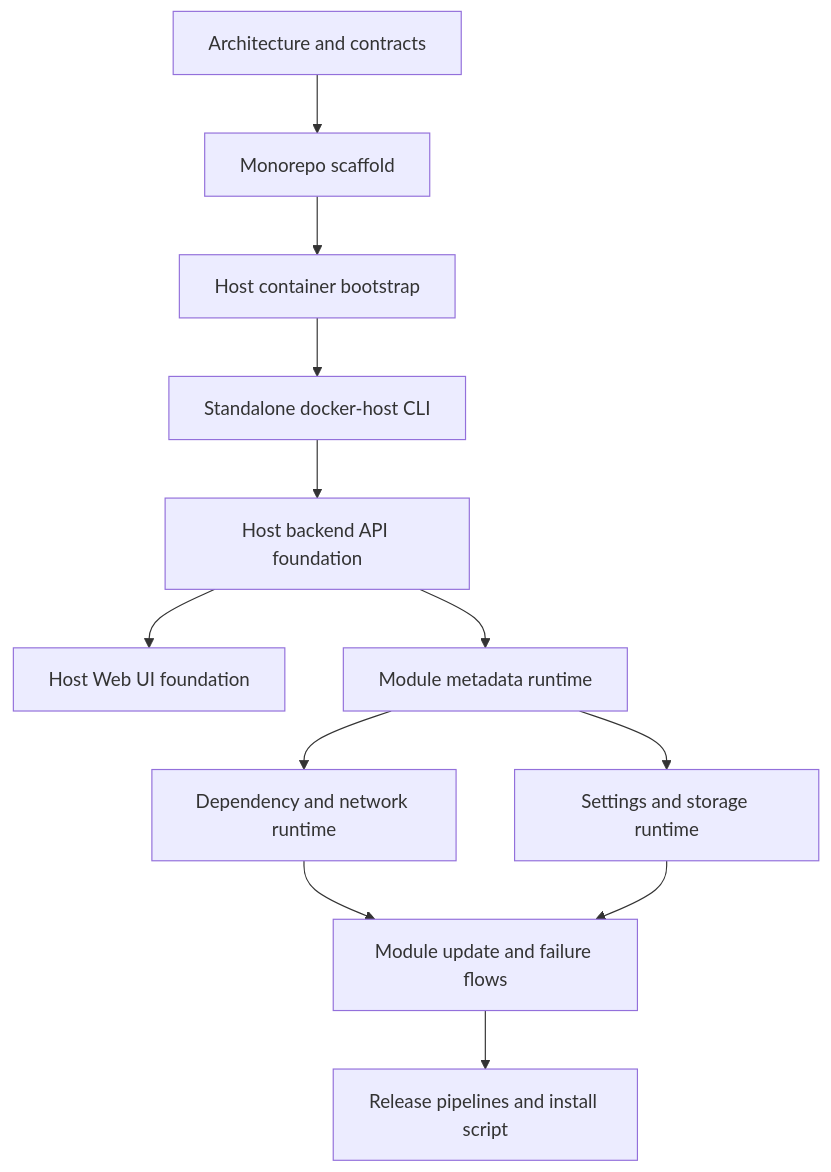
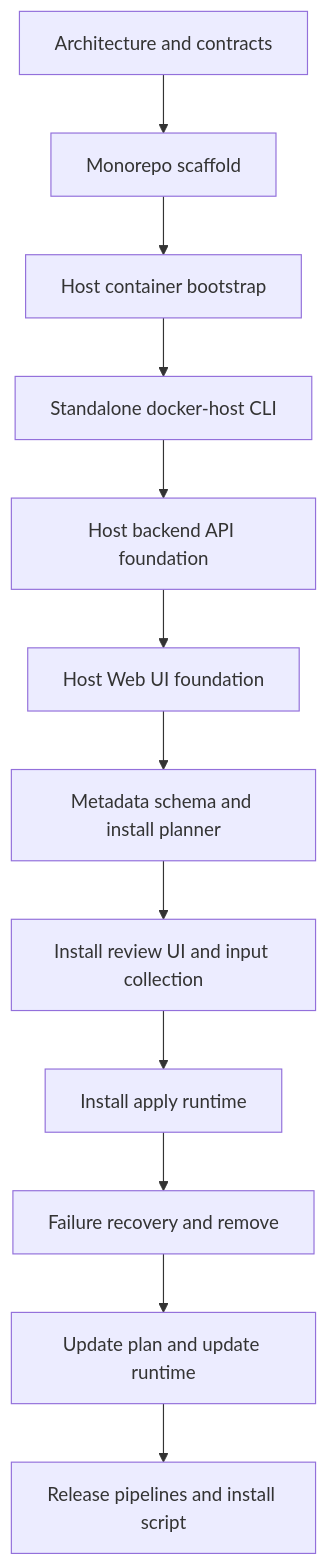
The diagram in docs/planning/docker-host-mvp-implementation.md (alex-de-haas/docker-host), drawn with Mermaid before and after one commit. The commit also changed other lines of this file and 2 other files, not shown here.

Commit message:
Refactor MVP phases and sync install plan docs

````diff
--- a/docs/planning/docker-host-mvp-implementation.md
+++ b/docs/planning/docker-host-mvp-implementation.md
@@ -60,14 +60,14 @@
 ```mermaid
 flowchart TD
   A["Architecture and contracts"] --> B["Monorepo scaffold"]
   B --> C["Host container bootstrap"]
   C --> D["Standalone docker-host CLI"]
   D --> E["Host backend API foundation"]
   E --> F["Host Web UI foundation"]
-  E --> G["Module metadata runtime"]
-  G --> H["Dependency and network runtime"]
-  G --> I["Settings and storage runtime"]
-  H --> J["Module update and failure flows"]
-  I --> J
-  J --> K["Release pipelines and install script"]
+  F --> G["Metadata schema and install planner"]
+  G --> H["Install review UI and input collection"]
+  H --> I["Install apply runtime"]
+  I --> J["Failure recovery and remove"]
+  J --> K["Update plan and update runtime"]
+  K --> L["Release pipelines and install script"]
 ```
````
